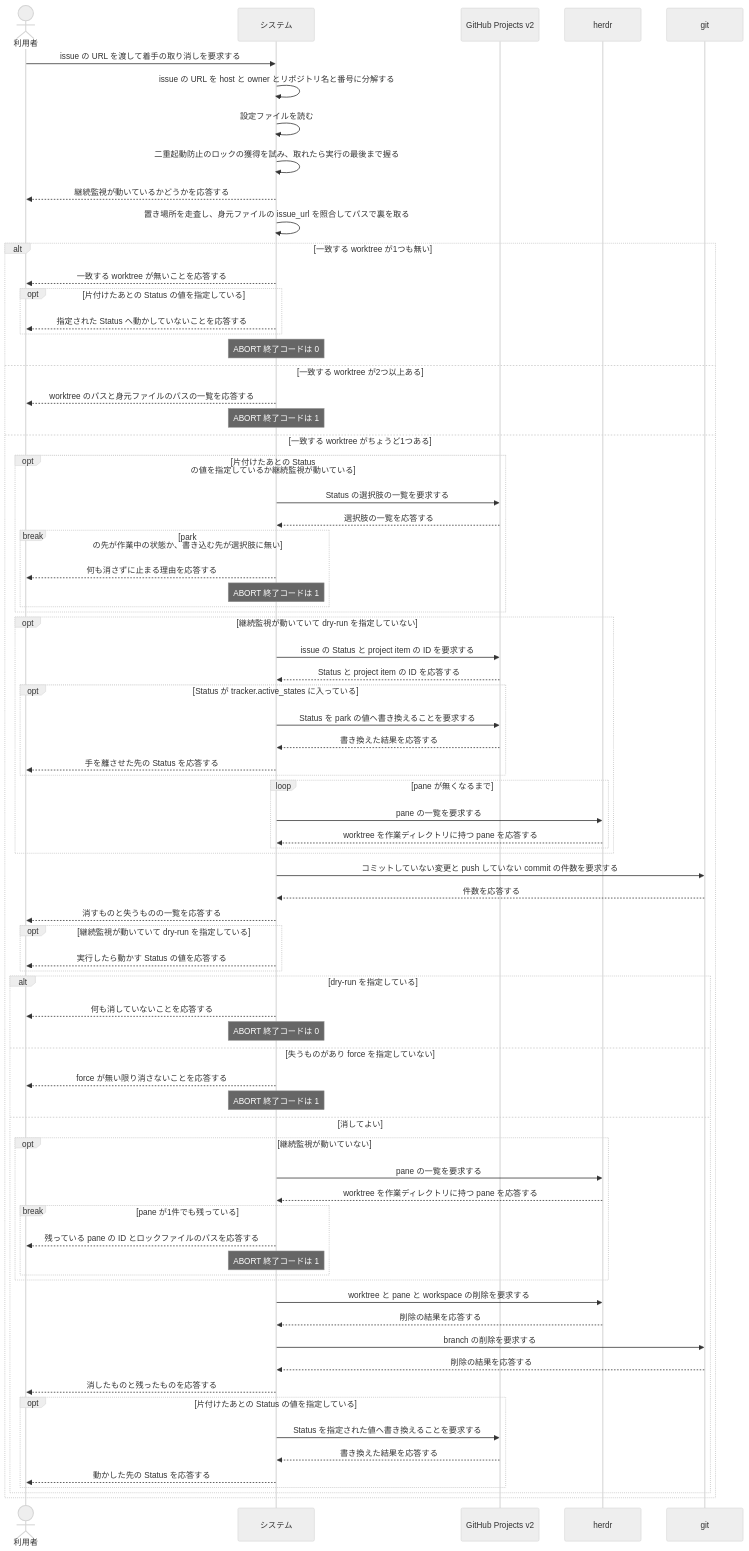
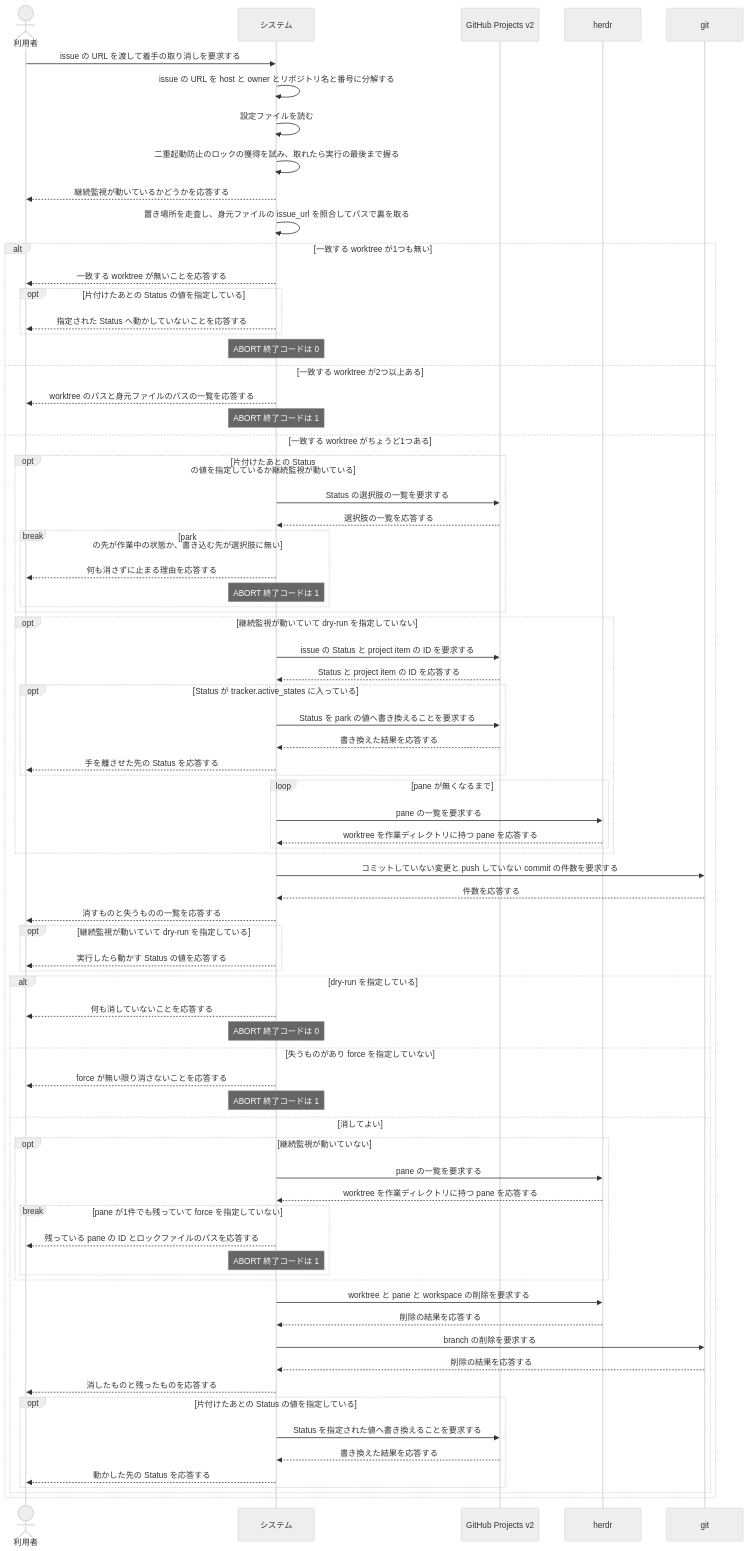
The second of 2 diagrams in docs/spec/usecases/particular_case/着手を取り消す.rucm.md (maimuzo/continuo), drawn with Mermaid (neutral theme) before and after one commit. The commit also changed other lines of this file and 7 other files, not shown here.

````diff
--- a/docs/spec/usecases/particular_case/着手を取り消す.rucm.md
+++ b/docs/spec/usecases/particular_case/着手を取り消す.rucm.md
@@ -512,79 +532,79 @@
 ```mermaid
 sequenceDiagram
     actor U as 利用者
     participant S as システム
     participant GH as GitHub Projects v2
     participant H as herdr
     participant G as git
 
     U->>S: issue の URL を渡して着手の取り消しを要求する
     S->>S: issue の URL を host と owner とリポジトリ名と番号に分解する
     S->>S: 設定ファイルを読む
     S->>S: 二重起動防止のロックの獲得を試み、取れたら実行の最後まで握る
     S-->>U: 継続監視が動いているかどうかを応答する
     S->>S: 置き場所を走査し、身元ファイルの issue_url を照合してパスで裏を取る
     alt 一致する worktree が1つも無い
         S-->>U: 一致する worktree が無いことを応答する
         opt 片付けたあとの Status の値を指定している
             S-->>U: 指定された Status へ動かしていないことを応答する
         end
         Note over S: ABORT 終了コードは 0
     else 一致する worktree が2つ以上ある
         S-->>U: worktree のパスと身元ファイルのパスの一覧を応答する
         Note over S: ABORT 終了コードは 1
     else 一致する worktree がちょうど1つある
         opt 片付けたあとの Status の値を指定しているか継続監視が動いている
             S->>GH: Status の選択肢の一覧を要求する
             GH-->>S: 選択肢の一覧を応答する
             break park の先が作業中の状態か、書き込む先が選択肢に無い
                 S-->>U: 何も消さずに止まる理由を応答する
                 Note over S: ABORT 終了コードは 1
             end
         end
         opt 継続監視が動いていて dry-run を指定していない
             S->>GH: issue の Status と project item の ID を要求する
             GH-->>S: Status と project item の ID を応答する
             opt Status が tracker.active_states に入っている
                 S->>GH: Status を park の値へ書き換えることを要求する
                 GH-->>S: 書き換えた結果を応答する
                 S-->>U: 手を離させた先の Status を応答する
             end
             loop pane が無くなるまで
                 S->>H: pane の一覧を要求する
                 H-->>S: worktree を作業ディレクトリに持つ pane を応答する
             end
         end
         S->>G: コミットしていない変更と push していない commit の件数を要求する
         G-->>S: 件数を応答する
         S-->>U: 消すものと失うものの一覧を応答する
         opt 継続監視が動いていて dry-run を指定している
             S-->>U: 実行したら動かす Status の値を応答する
         end
         alt dry-run を指定している
             S-->>U: 何も消していないことを応答する
             Note over S: ABORT 終了コードは 0
         else 失うものがあり force を指定していない
             S-->>U: force が無い限り消さないことを応答する
             Note over S: ABORT 終了コードは 1
         else 消してよい
             opt 継続監視が動いていない
                 S->>H: pane の一覧を要求する
                 H-->>S: worktree を作業ディレクトリに持つ pane を応答する
-                break pane が1件でも残っている
+                break pane が1件でも残っていて force を指定していない
                     S-->>U: 残っている pane の ID とロックファイルのパスを応答する
                     Note over S: ABORT 終了コードは 1
                 end
             end
             S->>H: worktree と pane と workspace の削除を要求する
             H-->>S: 削除の結果を応答する
             S->>G: branch の削除を要求する
             G-->>S: 削除の結果を応答する
             S-->>U: 消したものと残ったものを応答する
             opt 片付けたあとの Status の値を指定している
                 S->>GH: Status を指定された値へ書き換えることを要求する
                 GH-->>S: 書き換えた結果を応答する
                 S-->>U: 動かした先の Status を応答する
             end
         end
     end
 ```
````
